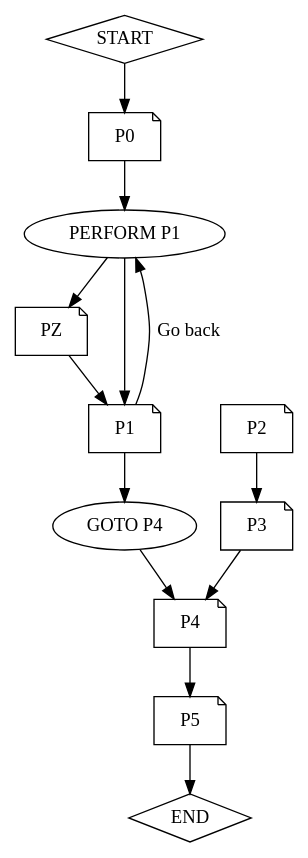
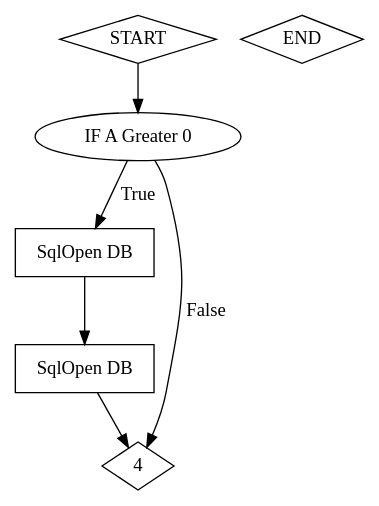
The diagram in doctest-output/test.gvz.gv (CelineDknp/SemiParsingCFG), drawn with Graphviz before and after one commit. The commit also changed 6 other files, not shown here.

```diff
--- a/doctest-output/test.gvz.gv
+++ b/doctest-output/test.gvz.gv
@@ -1,36 +1,17 @@
 digraph "test.gvz" {
 	node [shape=diamond]
 	0 [label=START]
-	node [shape=note]
-	1 [label=P0]
 	node [shape=ellipse]
-	2 [label="PERFORM P1"]
-	node [shape=note]
-	3 [label=PZ]
-	node [shape=note]
-	4 [label=P1]
-	node [shape=ellipse]
-	5 [label="GOTO P4"]
-	node [shape=note]
-	6 [label=P2]
-	node [shape=note]
-	7 [label=P3]
-	node [shape=note]
-	8 [label=P4]
-	node [shape=note]
-	9 [label=P5]
+	1 [label="IF A Greater 0"]
+	node [shape=box]
+	2 [label="SqlOpen DB"]
+	node [shape=box]
+	3 [label="SqlOpen DB"]
 	node [shape=diamond]
-	10 [label=END]
+	5 [label=END]
 	0 -> 1
-	1 -> 2
+	1 -> 2 [label=True]
+	1 -> 4 [label=False]
 	2 -> 3
-	2 -> 4
-	4 -> 2 [label="Go back"]
 	3 -> 4
-	4 -> 5
-	5 -> 8
-	6 -> 7
-	7 -> 8
-	8 -> 9
-	9 -> 10
 }
```
